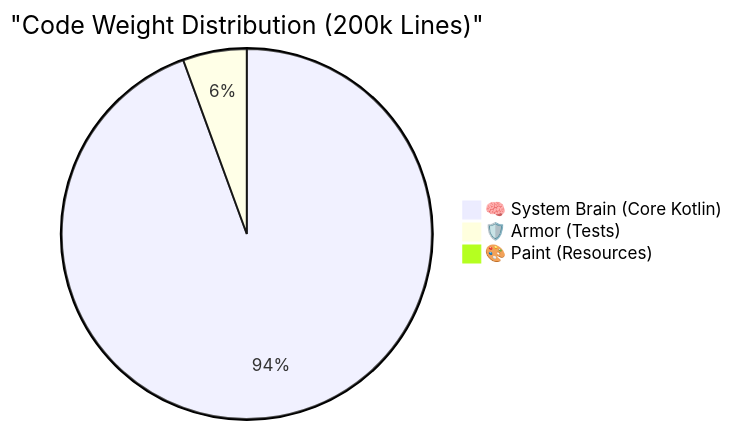
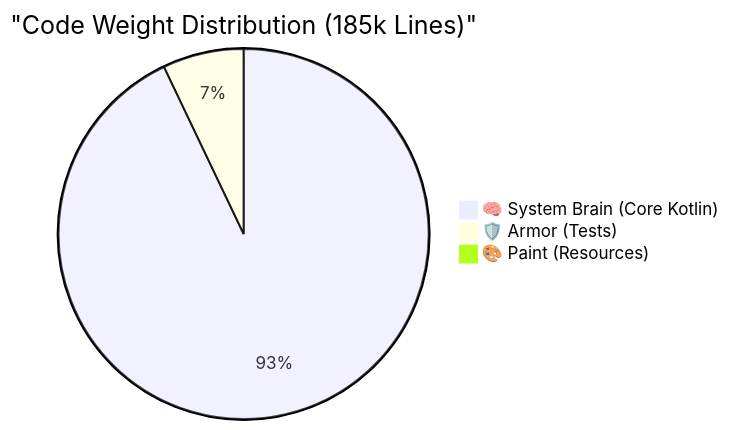
Before and after one commit to esir-nus/smart-sales-main: the first of 2 diagrams in PRODUCTION_CODE_ESTIMATE.md, drawn with Mermaid. The commit also changed other lines of this file and 3 other files, not shown here.

````diff
--- a/PRODUCTION_CODE_ESTIMATE.md
+++ b/PRODUCTION_CODE_ESTIMATE.md
@@ -18,6 +18,6 @@
 ```mermaid
-pie title "Code Weight Distribution (200k Lines)"
-    "🧠 System Brain (Core Kotlin)" : 188821
-    "🛡️ Armor (Tests)" : 11150
-    "🎨 Paint (Resources)" : 87
+pie title "Code Weight Distribution (185k Lines)"
+    "🧠 System Brain (Core Kotlin)" : 172000
+    "🛡️ Armor (Tests)" : 13100
+    "🎨 Paint (Resources)" : 100
 ```
````
